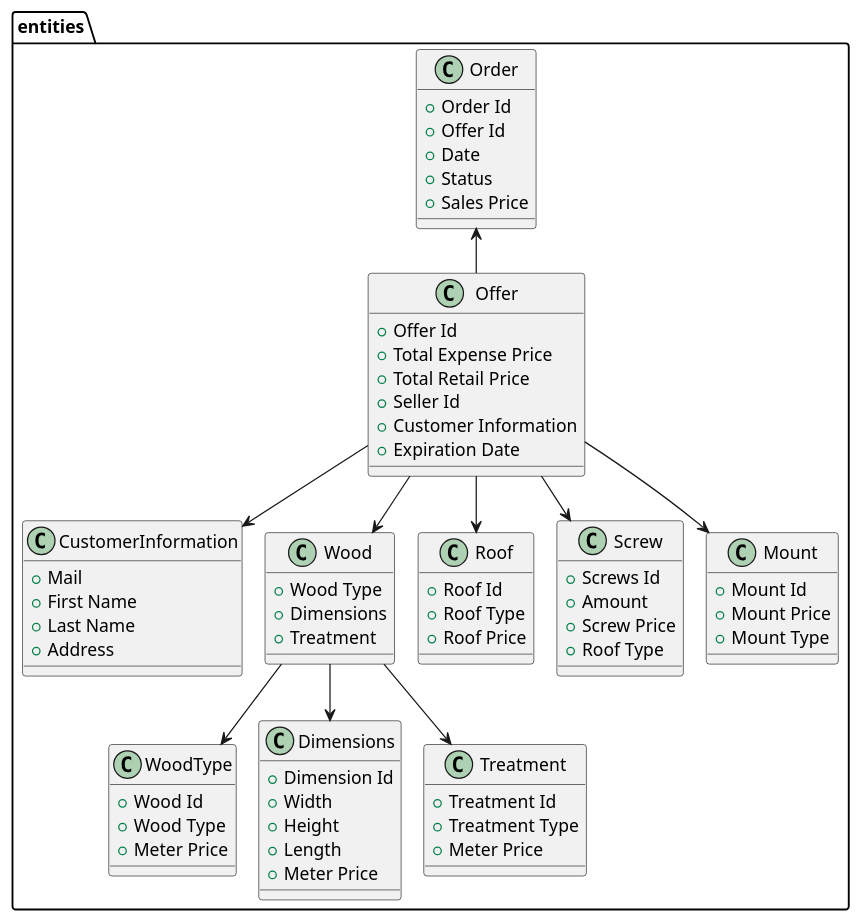
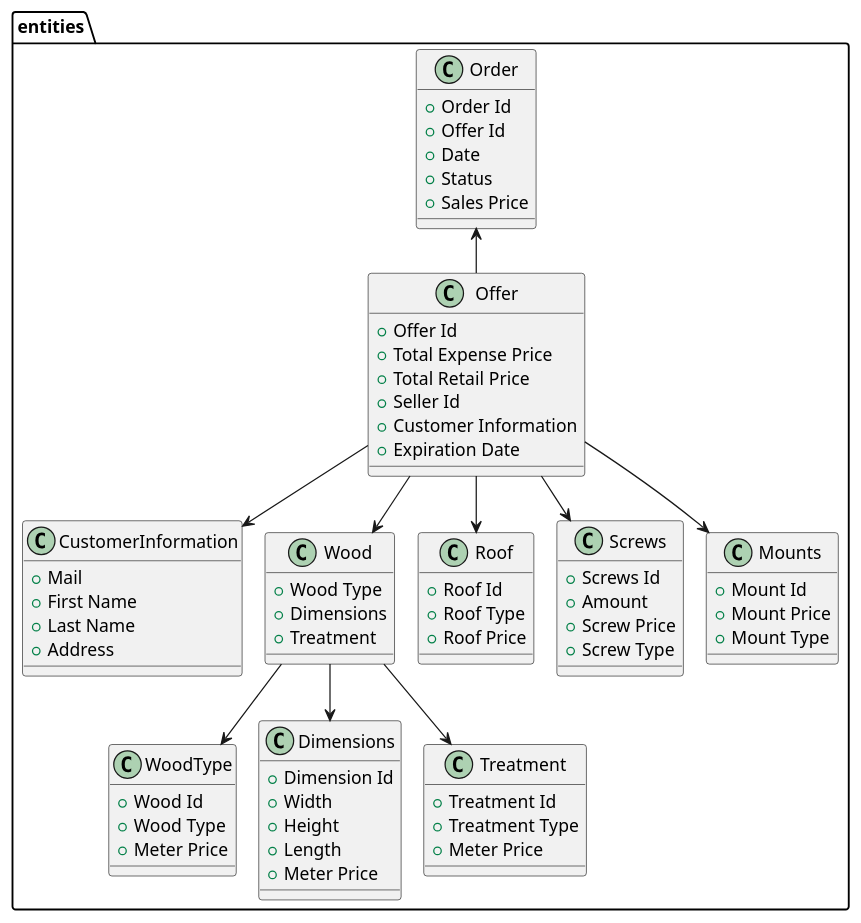
Before and after one commit to MarcusPFF/Carport-Fog: the diagram in src/documents/Models/DomaeneModel_v1.puml, drawn with PlantUML. The commit also changed 13 other files, not shown here.

Commit message:
alle entiteter er lavet + små updates i domænemodel_v1 og klassediagram_v1

```diff
--- a/src/documents/Models/DomaeneModel_v1.puml
+++ b/src/documents/Models/DomaeneModel_v1.puml
@@ -1,86 +1,86 @@
 @startuml
 
 !pragma layout smetana
 
 package entities {
     class CustomerInformation {
         + Mail
         + First Name
         + Last Name
         + Address
     }
     class Order {
         + Order Id
         + Offer Id
         + Date
         + Status
         + Sales Price
     }
     class Offer {
         + Offer Id
         + Total Expense Price
         + Total Retail Price
         + Seller Id
         + Customer Information
         + Expiration Date
     }
     class Wood {
         + Wood Type
         + Dimensions
         + Treatment
     }
 
     class WoodType {
         + Wood Id
         + Wood Type
         + Meter Price
     }
     class Roof {
         + Roof Id
         + Roof Type
         + Roof Price
     }
 
-    class Screw {
+    class Screws {
         + Screws Id
         + Amount
         + Screw Price
-        + Roof Type
+        + Screw Type
     }
 
-    class Mount {
+    class Mounts {
         + Mount Id
         + Mount Price
         + Mount Type
     }
 
     class Dimensions {
         + Dimension Id
         + Width
         + Height
         + Length
         + Meter Price
     }
 
     class Treatment {
         + Treatment Id
         + Treatment Type
         + Meter Price
     }
 }
 
 entities.Order <-- entities.Offer
 
 entities.Offer --> entities.Wood
-entities.Offer --> entities.Screw
-entities.Offer --> entities.Mount
+entities.Offer --> entities.Screws
+entities.Offer --> entities.Mounts
 entities.Offer --> entities.Roof
 entities.Offer --> entities.CustomerInformation
 
 
 entities.Wood --> entities.Dimensions
 entities.Wood --> entities.Treatment
 entities.Wood --> entities.WoodType
 
 
 @enduml
```
